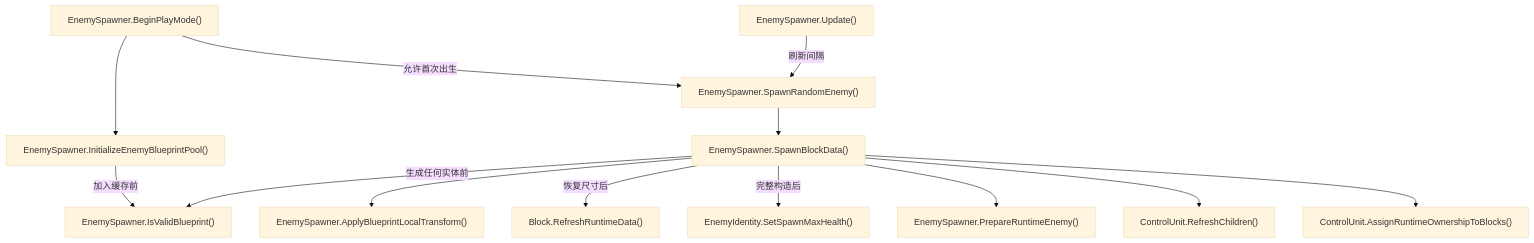
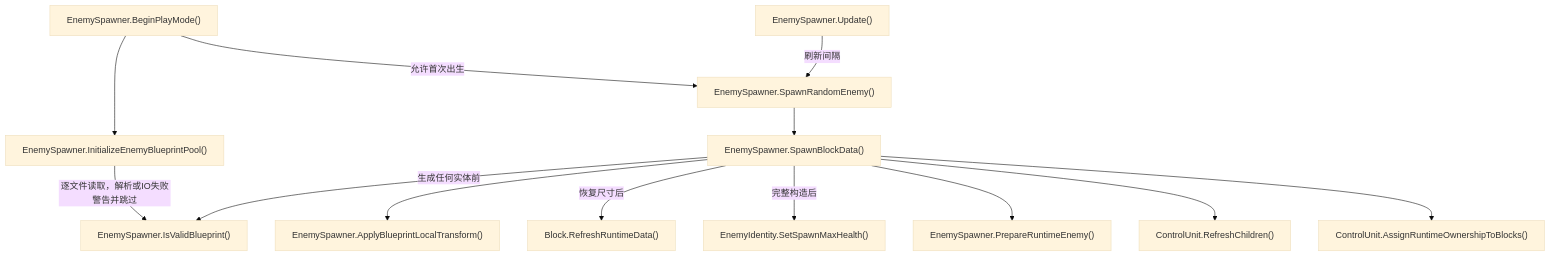
Before and after one commit to kukudia/HY-Sandbox: diagram 23 of 25 in Docs/RuntimeFlow.md, drawn with Mermaid (base theme). The commit also changed other lines of this file and 10 other files, not shown here.

````diff
--- a/Docs/RuntimeFlow.md
+++ b/Docs/RuntimeFlow.md
@@ -2140,39 +2140,39 @@
 ```mermaid
 flowchart TD
     A["EnemySpawner.BeginPlayMode()"]
     click A "../Assets/Scripts/Features/Combat/EnemySpawner.cs#L43" "打开源码"
     B["EnemySpawner.InitializeEnemyBlueprintPool()"]
     click B "../Assets/Scripts/Features/Combat/EnemySpawner.cs#L54" "打开源码"
     C["EnemySpawner.IsValidBlueprint()"]
-    click C "../Assets/Scripts/Features/Combat/EnemySpawner.cs#L123" "打开源码"
+    click C "../Assets/Scripts/Features/Combat/EnemySpawner.cs#L133" "打开源码"
     D["EnemySpawner.SpawnRandomEnemy()"]
-    click D "../Assets/Scripts/Features/Combat/EnemySpawner.cs#L89" "打开源码"
+    click D "../Assets/Scripts/Features/Combat/EnemySpawner.cs#L99" "打开源码"
     E["EnemySpawner.SpawnBlockData()"]
-    click E "../Assets/Scripts/Features/Combat/EnemySpawner.cs#L156" "打开源码"
+    click E "../Assets/Scripts/Features/Combat/EnemySpawner.cs#L166" "打开源码"
     F["EnemySpawner.ApplyBlueprintLocalTransform()"]
-    click F "../Assets/Scripts/Features/Combat/EnemySpawner.cs#L258" "打开源码"
+    click F "../Assets/Scripts/Features/Combat/EnemySpawner.cs#L268" "打开源码"
     G["Block.RefreshRuntimeData()"]
     click G "../Assets/Scripts/Features/Simulation/Block.cs#L123" "打开源码"
     H["EnemySpawner.PrepareRuntimeEnemy()"]
-    click H "../Assets/Scripts/Features/Combat/EnemySpawner.cs#L338" "打开源码"
+    click H "../Assets/Scripts/Features/Combat/EnemySpawner.cs#L348" "打开源码"
     I["ControlUnit.RefreshChildren()"]
     click I "../Assets/Scripts/Features/Simulation/ControlUnit.cs#L159" "打开源码"
     J["ControlUnit.AssignRuntimeOwnershipToBlocks()"]
     click J "../Assets/Scripts/Features/Simulation/ControlUnit.cs#L209" "打开源码"
     K["EnemyIdentity.SetSpawnMaxHealth()"]
     click K "../Assets/Scripts/Features/Combat/EnemyIdentity.cs#L18" "打开源码"
     L["EnemySpawner.Update()"]
     click L "../Assets/Scripts/Features/Combat/EnemySpawner.cs#L26" "打开源码"
     A --> B
-    B -->|加入缓存前| C
+    B -->|逐文件读取，解析或IO失败警告并跳过| C
     A -->|允许首次出生| D
     L -->|刷新间隔| D
     D --> E
     E -->|生成任何实体前| C
     E --> F
     E -->|恢复尺寸后| G
     E -->|完整构造后| K
     E --> H
     E --> I
     E --> J
 ```
````
